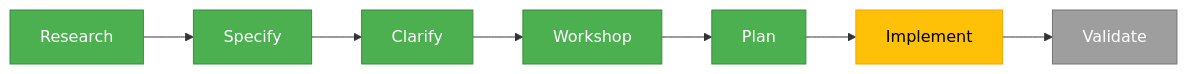
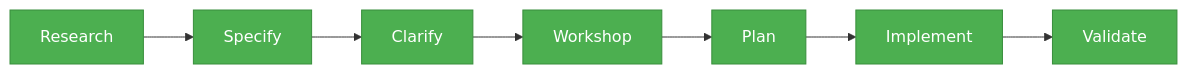
Before and after one commit to vaughanknight/pij: the second of 3 diagrams in docs/plans/010-sql-backed-todo-extension/sql-backed-todo-extension.fltplan.md, drawn with Mermaid. The commit also changed other lines of this file and 31 other files, not shown here.

````diff
--- a/docs/plans/010-sql-backed-todo-extension/sql-backed-todo-extension.fltplan.md
+++ b/docs/plans/010-sql-backed-todo-extension/sql-backed-todo-extension.fltplan.md
@@ -98,13 +98,13 @@
 ```mermaid
 flowchart LR
     classDef done fill:#4CAF50,stroke:#388E3C,color:#fff
     classDef active fill:#FFC107,stroke:#FFA000,color:#000
     classDef ready fill:#9E9E9E,stroke:#757575,color:#fff
 
     R[Research]:::done --> S[Specify]:::done
     S --> C[Clarify]:::done
     C --> W[Workshop]:::done
     W --> P[Plan]:::done
-    P --> I[Implement]:::active
-    I --> V[Validate]:::ready
+    P --> I[Implement]:::done
+    I --> V[Validate]:::done
 ```
````
